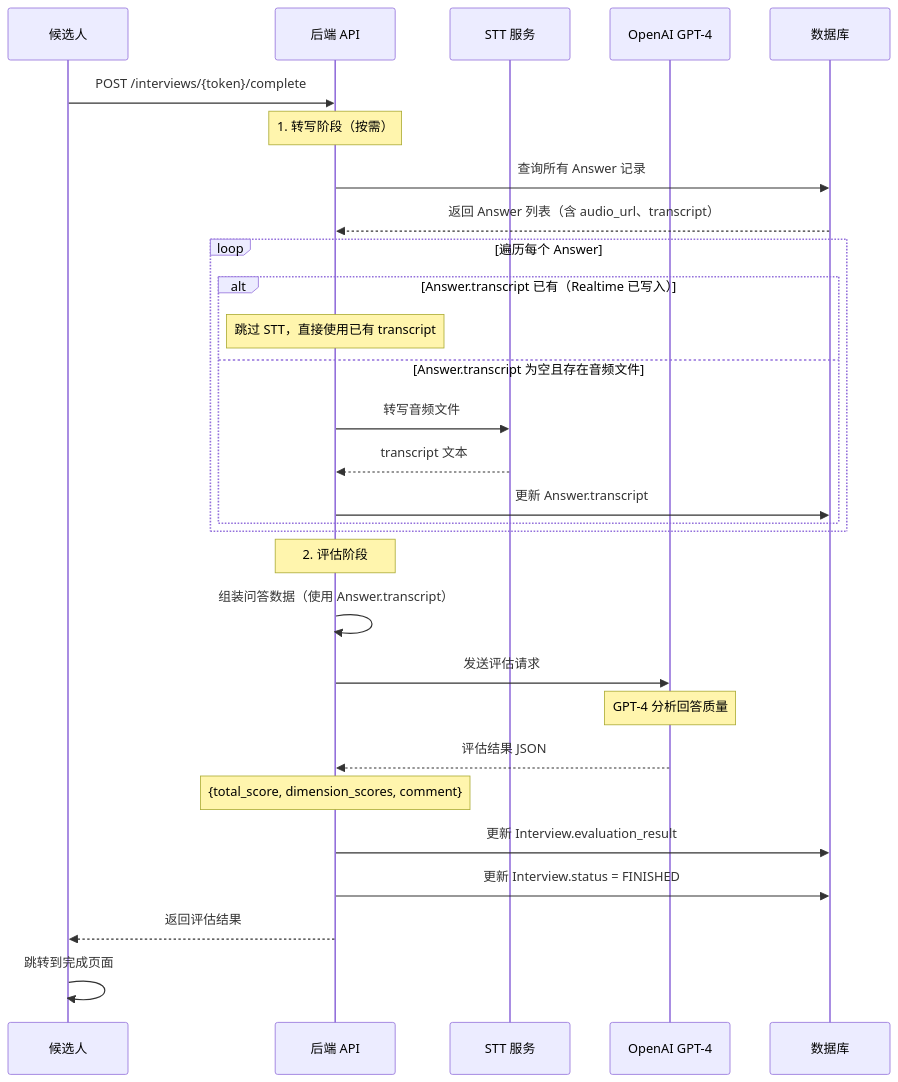
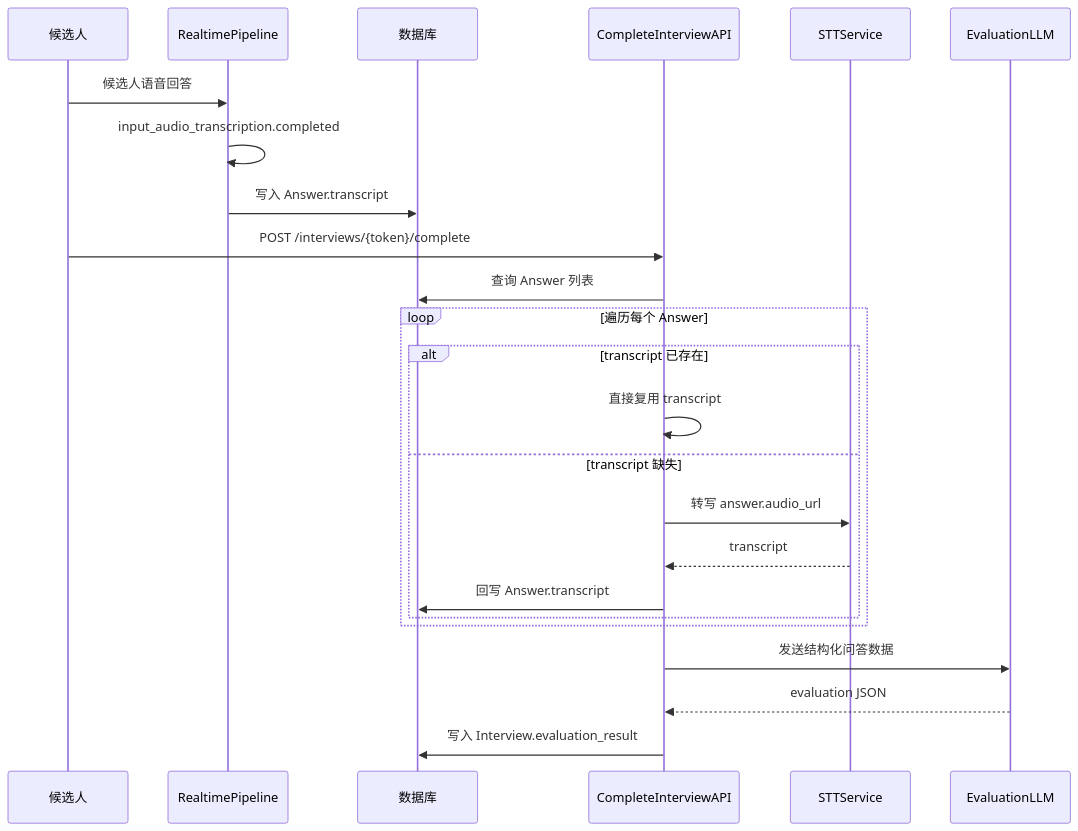
The diagram in spec_doc/03_features/03.3_ai_evaluation.md (cziwen/AI_Interviewer), drawn with Mermaid before and after one commit. The commit also changed other lines of this file and 22 other files, not shown here.

First line of the commit message:
feat: refactor realtime interview services and enhance audio handling

````diff
--- a/spec_doc/03_features/03.3_ai_evaluation.md
+++ b/spec_doc/03_features/03.3_ai_evaluation.md
@@ -11,38 +15,30 @@
 ```mermaid
 sequenceDiagram
-    participant C as 候选人
-    participant BE as 后端 API
-    participant STT as STT 服务
-    participant LLM as OpenAI GPT-4
+    participant Candidate as 候选人
+    participant RT as RealtimePipeline
     participant DB as 数据库
+    participant API as CompleteInterviewAPI
+    participant STT as STTService
+    participant LLM as EvaluationLLM
 
-    C->>BE: POST /interviews/{token}/complete
+    Candidate->>RT: 候选人语音回答
+    RT->>RT: input_audio_transcription.completed
+    RT->>DB: 写入 Answer.transcript
 
-    Note over BE: 1. 转写阶段（按需）
-    BE->>DB: 查询所有 Answer 记录
-    DB-->>BE: 返回 Answer 列表（含 audio_url、transcript）
+    Candidate->>API: POST /interviews/{token}/complete
+    API->>DB: 查询 Answer 列表
 
     loop 遍历每个 Answer
-        alt Answer.transcript 已有（Realtime 已写入）
-            Note over BE: 跳过 STT，直接使用已有 transcript
-        else Answer.transcript 为空且存在音频文件
-            BE->>STT: 转写音频文件
-            STT-->>BE: transcript 文本
-            BE->>DB: 更新 Answer.transcript
+        alt transcript 已存在
+            API->>API: 直接复用 transcript
+        else transcript 缺失
+            API->>STT: 转写 answer.audio_url
+            STT-->>API: transcript
+            API->>DB: 回写 Answer.transcript
         end
     end
 
-    Note over BE: 2. 评估阶段
-    BE->>BE: 组装问答数据（使用 Answer.transcript）
-    BE->>LLM: 发送评估请求
-    Note over LLM: GPT-4 分析回答质量
-
-    LLM-->>BE: 评估结果 JSON
-    Note over BE: {total_score, dimension_scores, comment}
-
-    BE->>DB: 更新 Interview.evaluation_result
-    BE->>DB: 更新 Interview.status = FINISHED
-
-    BE-->>C: 返回评估结果
-    C->>C: 跳转到完成页面
+    API->>LLM: 发送结构化问答数据
+    LLM-->>API: evaluation JSON
+    API->>DB: 写入 Interview.evaluation_result
 ```
````
